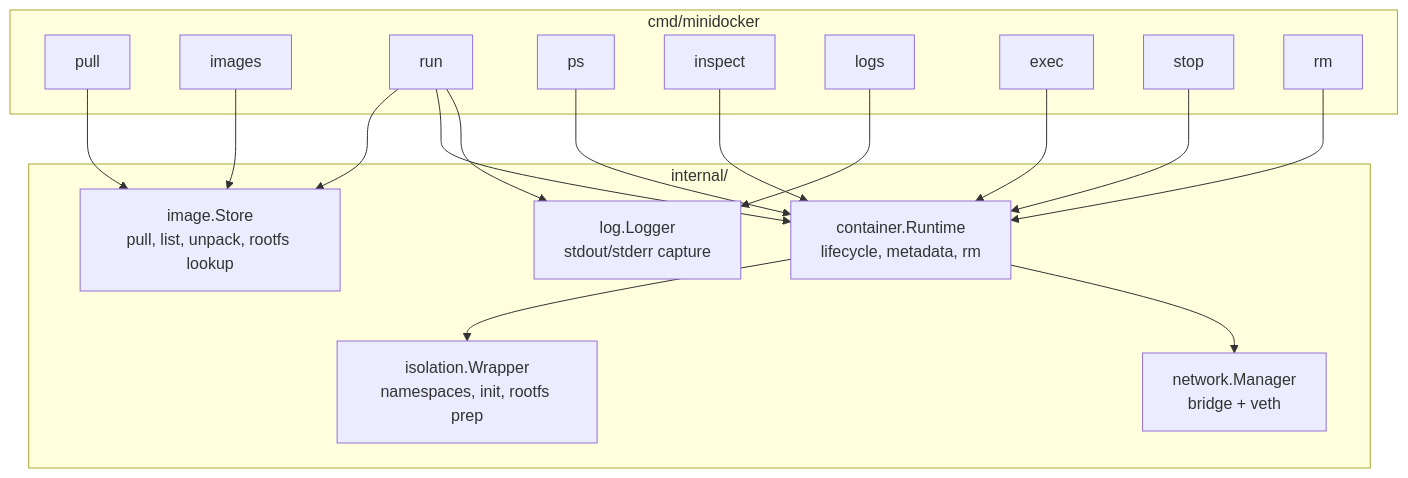
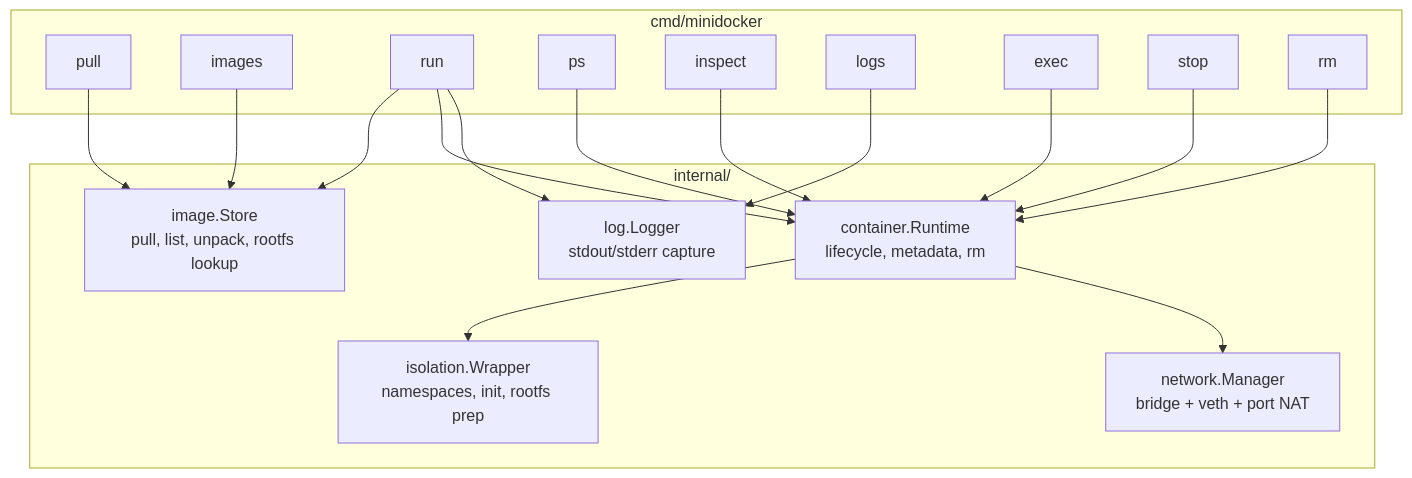
The first of 4 diagrams in README.md (dannysecurity/minidocker), drawn with Mermaid before and after one commit. The commit also changed other lines of this file and 13 other files, not shown here.

````diff
--- a/README.md
+++ b/README.md
@@ -61,36 +61,36 @@
 ```mermaid
 flowchart TB
   subgraph CLI["cmd/minidocker"]
     pull[pull]
     images[images]
     run[run]
     ps[ps]
     inspect[inspect]
     logs[logs]
     exec[exec]
     stop[stop]
     rm[rm]
   end
 
   subgraph Internal["internal/"]
     image["image.Store\npull, list, unpack, rootfs lookup"]
     container["container.Runtime\nlifecycle, metadata, rm"]
     isolation["isolation.Wrapper\nnamespaces, init, rootfs prep"]
-    network["network.Manager\nbridge + veth"]
+    network["network.Manager\nbridge + veth + port NAT"]
     log["log.Logger\nstdout/stderr capture"]
   end
 
   pull --> image
   images --> image
   run --> image
   run --> container
   run --> log
   container --> isolation
   container --> network
   ps --> container
   inspect --> container
   logs --> log
   exec --> container
   stop --> container
   rm --> container
 ```
````
